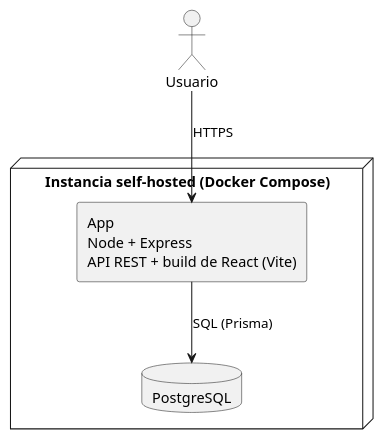
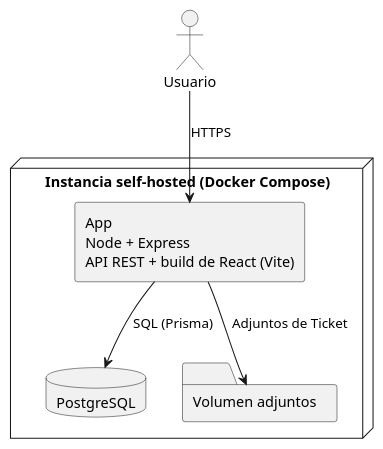
Before and after one commit to Dievex/01-HelpDesk: the diagram in puml/02-fase-elaboracion/arquitectura-despliegue.puml, drawn with PlantUML. The commit also changed 11 other files, not shown here.

```diff
--- a/puml/02-fase-elaboracion/arquitectura-despliegue.puml
+++ b/puml/02-fase-elaboracion/arquitectura-despliegue.puml
@@ -1,13 +1,15 @@
 @startuml arquitectura-despliegue
 skinparam componentStyle rectangle
 
 actor "Usuario" as User
 
 node "Instancia self-hosted (Docker Compose)" {
   component "App\nNode + Express\nAPI REST + build de React (Vite)" as App
   database "PostgreSQL" as DB
+  folder "Volumen adjuntos" as Vol
 }
 
 User --> App : HTTPS
 App --> DB : SQL (Prisma)
+App --> Vol : Adjuntos de Ticket
 @enduml
```
